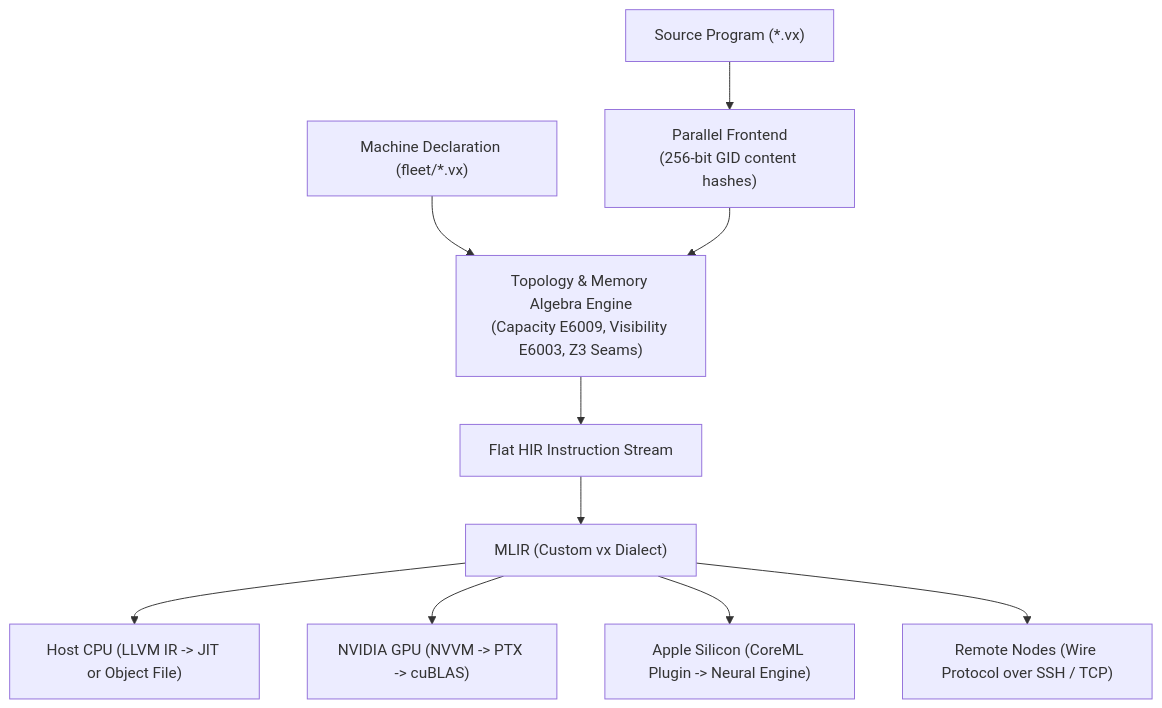
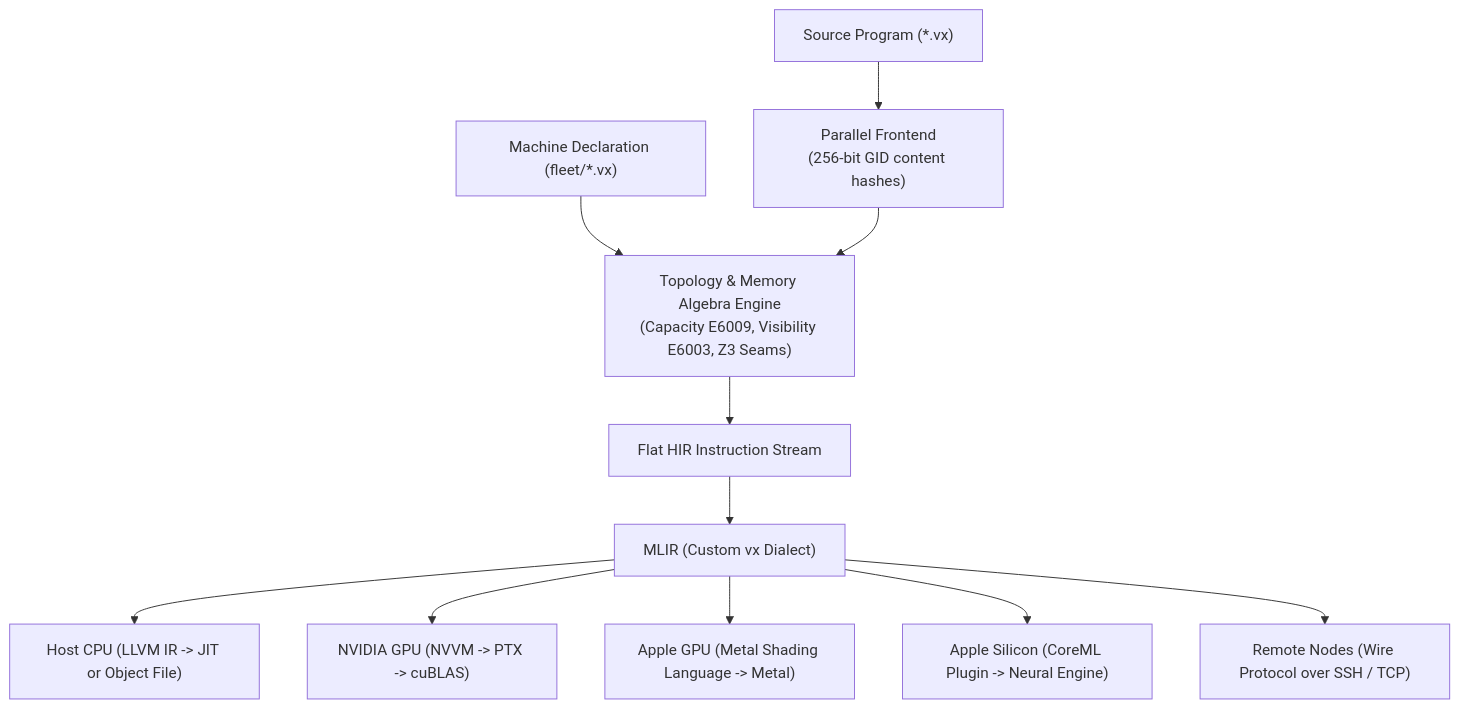
The diagram in README.md (vx-lang/Vx), drawn with Mermaid before and after one commit. The commit also changed other lines of this file, not shown here.

````diff
--- a/README.md
+++ b/README.md
@@ -225,13 +233,14 @@
 ```mermaid
 flowchart TD
     SRC["Source Program (*.vx)"] --> PARSER["Parallel Frontend\n(256-bit GID content hashes)"]
     FLEET["Machine Declaration (fleet/*.vx)"] --> CHECKER["Topology & Memory Algebra Engine\n(Capacity E6009, Visibility E6003, Z3 Seams)"]
     PARSER --> CHECKER
     CHECKER --> HIR["Flat HIR Instruction Stream"]
     HIR --> MLIR["MLIR (Custom vx Dialect)"]
 
     MLIR --> CPU["Host CPU (LLVM IR -> JIT or Object File)"]
     MLIR --> GPU["NVIDIA GPU (NVVM -> PTX -> cuBLAS)"]
+    MLIR --> METAL["Apple GPU (Metal Shading Language -> Metal)"]
     MLIR --> ANE["Apple Silicon (CoreML Plugin -> Neural Engine)"]
     MLIR --> REMOTE["Remote Nodes (Wire Protocol over SSH / TCP)"]
 ```
````
